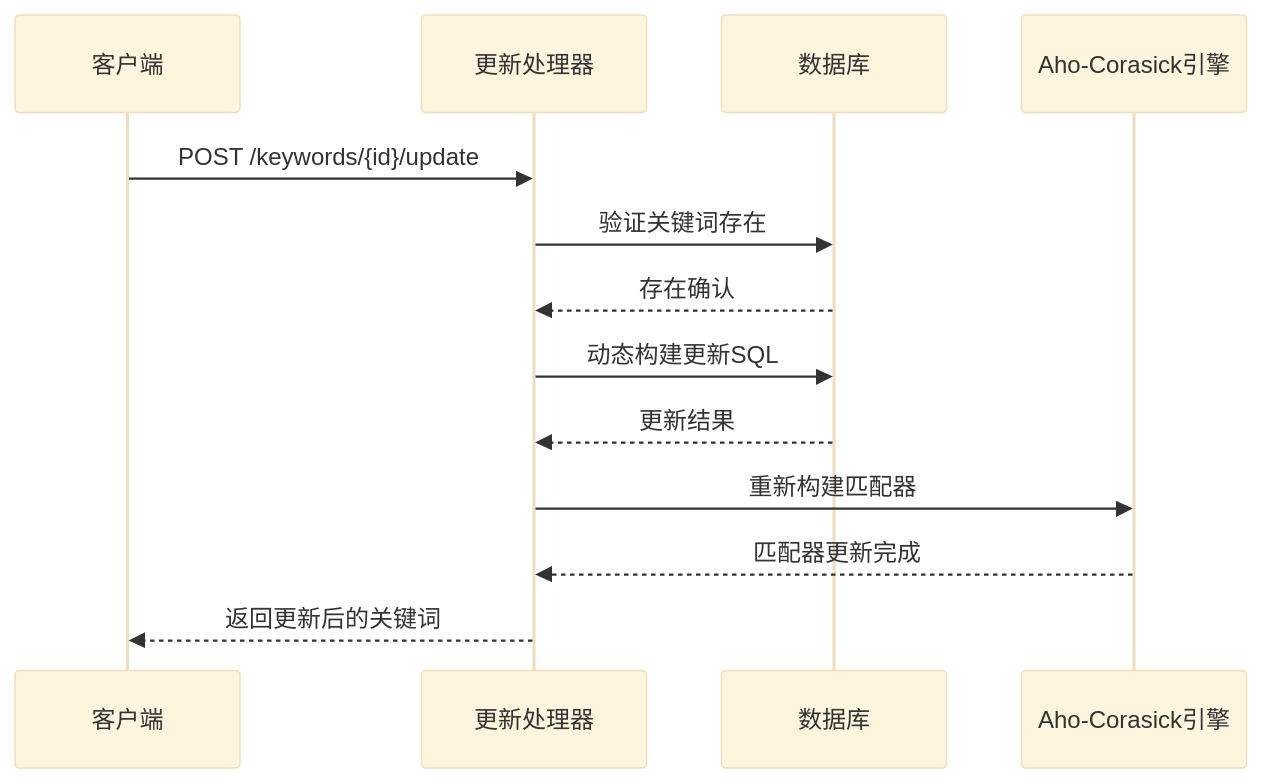
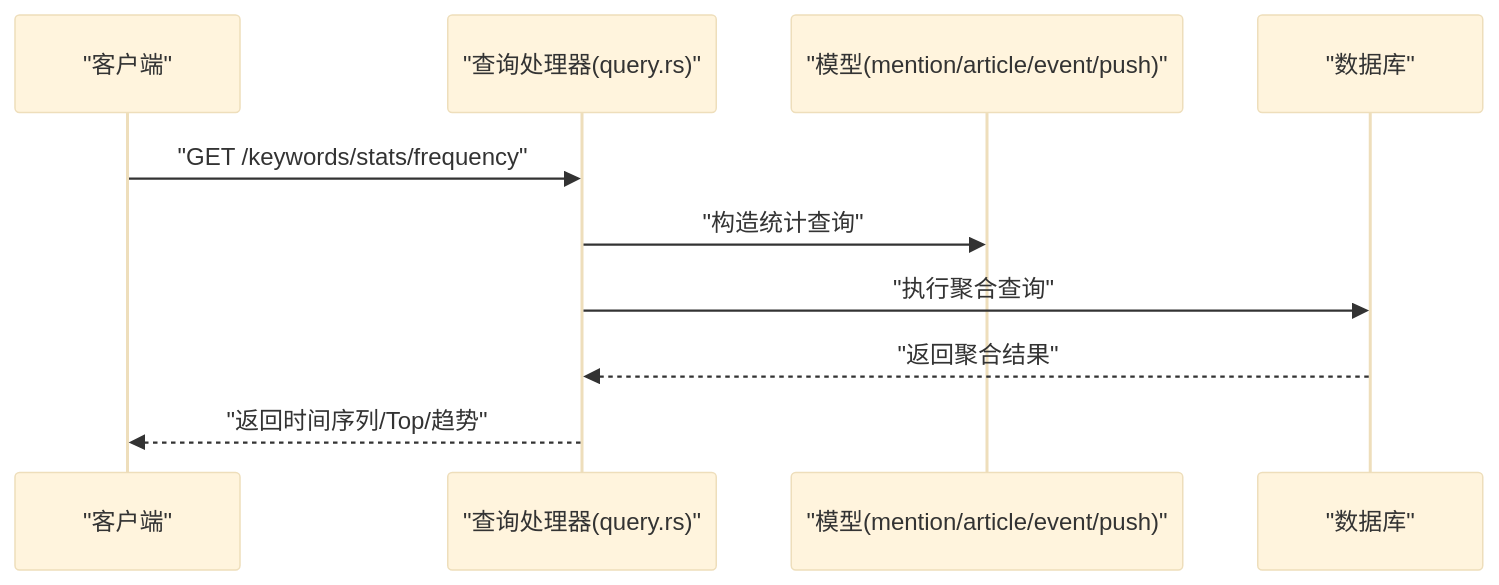
One commit to leimu-hue/AI-Trend-Tool changed the third of 5 diagrams in .qoder/repowiki/zh/content/API接口文档/关键词管理API.md. Above: the diagram before and after it, drawn with Mermaid (base theme). The commit also changed other lines of this file and 118 other files, not shown here.

````diff
--- a/.qoder/repowiki/zh/content/API接口文档/关键词管理API.md
+++ b/.qoder/repowiki/zh/content/API接口文档/关键词管理API.md
@@ -200,15 +264,12 @@
 ```mermaid
 sequenceDiagram
-participant Client as 客户端
-participant Handler as 更新处理器
-participant DB as 数据库
-participant AC as Aho-Corasick引擎
-Client->>Handler : POST /keywords/{id}/update
-Handler->>DB : 验证关键词存在
-DB-->>Handler : 存在确认
-Handler->>DB : 动态构建更新SQL
-DB-->>Handler : 更新结果
-Handler->>AC : 重新构建匹配器
-AC-->>Handler : 匹配器更新完成
-Handler-->>Client : 返回更新后的关键词
+participant C as "客户端"
+participant Q as "查询处理器(query.rs)"
+participant M as "模型(mention/article/event/push)"
+participant DB as "数据库"
+C->>Q : "GET /keywords/stats/frequency"
+Q->>M : "构造统计查询"
+Q->>DB : "执行聚合查询"
+DB-->>Q : "返回聚合结果"
+Q-->>C : "返回时间序列/Top/趋势"
 ```
````
